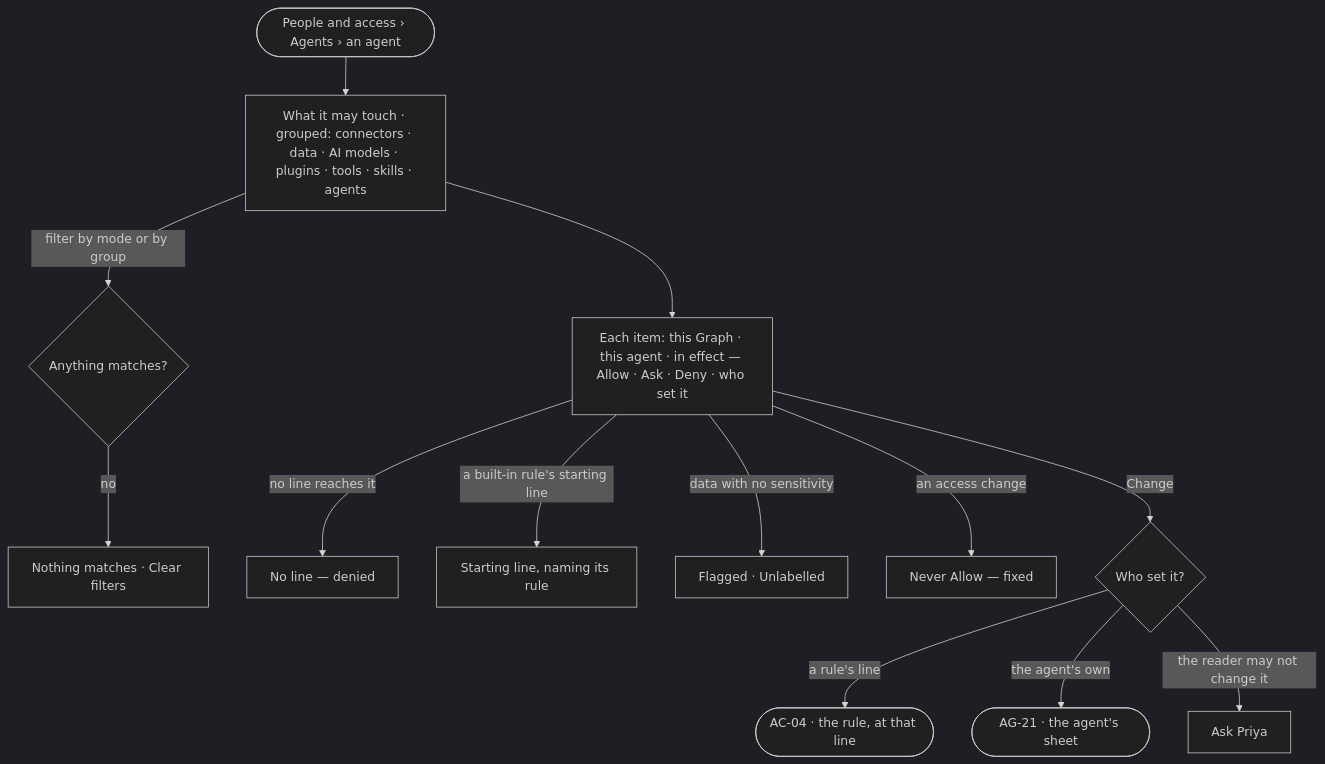
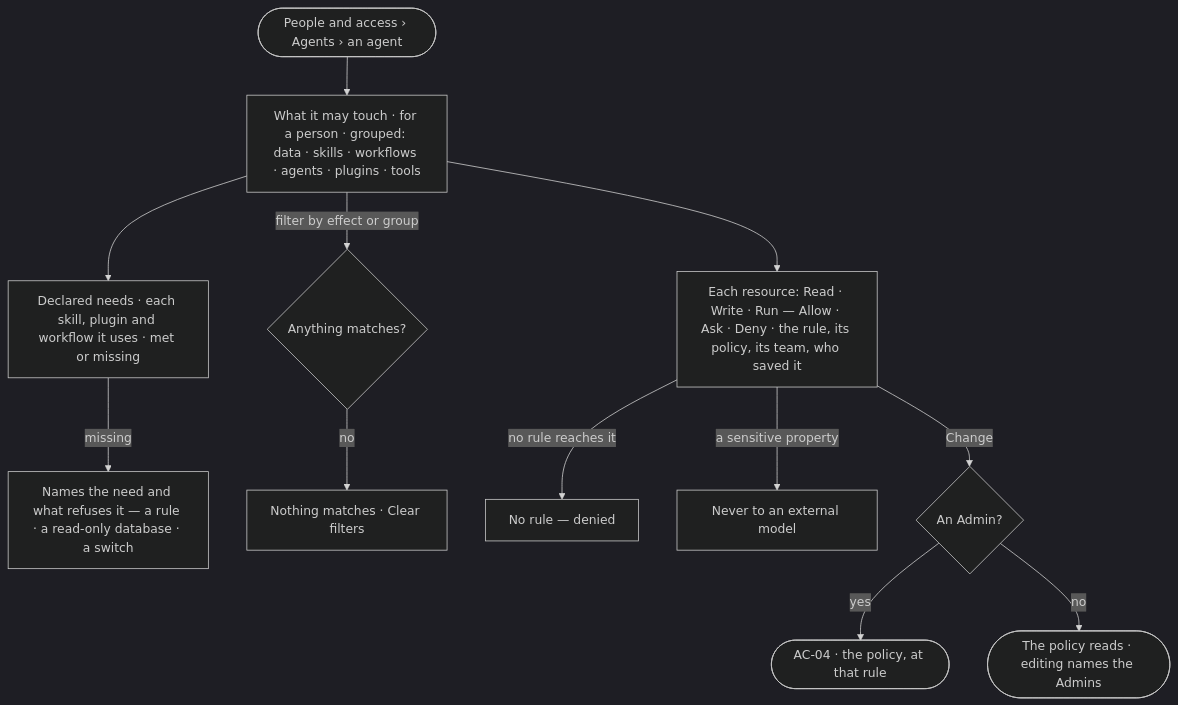
Before and after one commit to invana/invana: the diagram in specs/os/access/features/AC-F04-what-an-agent-may-touch/stories/AC-13-see-what-an-agent-may-touch/story.md, drawn with Mermaid (dark theme). The commit also changed other lines of this file and 522 other files, not shown here.

First line of the commit message:
feat(specs): specs-planes — Access, Control, Agents, Evidence and Ontology planes

````diff
--- a/specs/os/access/features/AC-F04-what-an-agent-may-touch/stories/AC-13-see-what-an-agent-may-touch/story.md
+++ b/specs/os/access/features/AC-F04-what-an-agent-may-touch/stories/AC-13-see-what-an-agent-may-touch/story.md
@@ -27,15 +28,14 @@
 ```mermaid
 flowchart TD
-  t([People and access › Agents › an agent]) --> w["What it may touch · grouped: connectors · data · AI models · plugins · tools · skills · agents"]
-  w --> row["Each item: this Graph · this agent · in effect — Allow · Ask · Deny · who set it"]
-  w -->|filter by mode or by group| f{"Anything matches?"}
+  t([People and access › Agents › an agent]) --> w["What it may touch · for a person · grouped: data · skills · workflows · agents · plugins · tools"]
+  w --> row["Each resource: Read · Write · Run — Allow · Ask · Deny · the rule, its policy, its team, who saved it"]
+  w --> nd["Declared needs · each skill, plugin and workflow it uses · met or missing"]
+  nd -->|missing| mis["Names the need and what refuses it — a rule · a read-only database · a switch"]
+  w -->|filter by effect or group| f{"Anything matches?"}
   f -->|no| nm["Nothing matches · Clear filters"]
-  row -->|no line reaches it| df["No line — denied"]
-  row -->|a built-in rule's starting line| sl["Starting line, naming its rule"]
-  row -->|data with no sensitivity| ul["Flagged · Unlabelled"]
-  row -->|an access change| ac["Never Allow — fixed"]
-  row -->|Change| ch{"Who set it?"}
-  ch -->|a rule's line| ln(["AC-04 · the rule, at that line"])
-  ch -->|the agent's own| sh(["AG-21 · the agent's sheet"])
-  ch -->|the reader may not change it| ask["Ask Priya"]
+  row -->|no rule reaches it| df["No rule — denied"]
+  row -->|a sensitive property| sp["Never to an external model"]
+  row -->|Change| ch{"An Admin?"}
+  ch -->|yes| ln(["AC-04 · the policy, at that rule"])
+  ch -->|no| ro(["The policy reads · editing names the Admins"])
 ```
````
